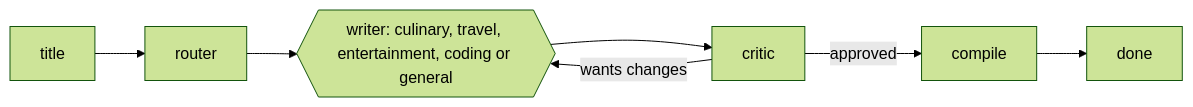
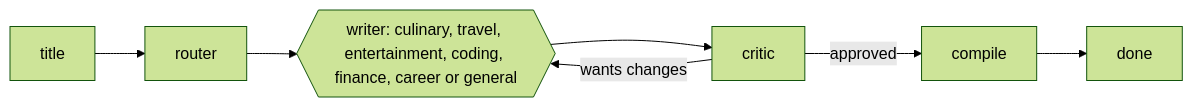
Before and after one commit to TiagoSantos16/AI_Personal_Assistant: the third of 3 diagrams in README.md, drawn with Mermaid (forest theme). The commit also changed other lines of this file and 9 other files, not shown here.

````diff
--- a/README.md
+++ b/README.md
@@ -21,9 +47,9 @@
 ```mermaid
 graph LR
     title --> router
-    router --> w{{writer: culinary, travel, entertainment, coding or general}}
+    router --> w{{writer: culinary, travel, entertainment, coding, finance, career or general}}
     w --> critic
     critic -->|approved| compile
     critic -->|wants changes| w
     compile --> done
 ```
````
